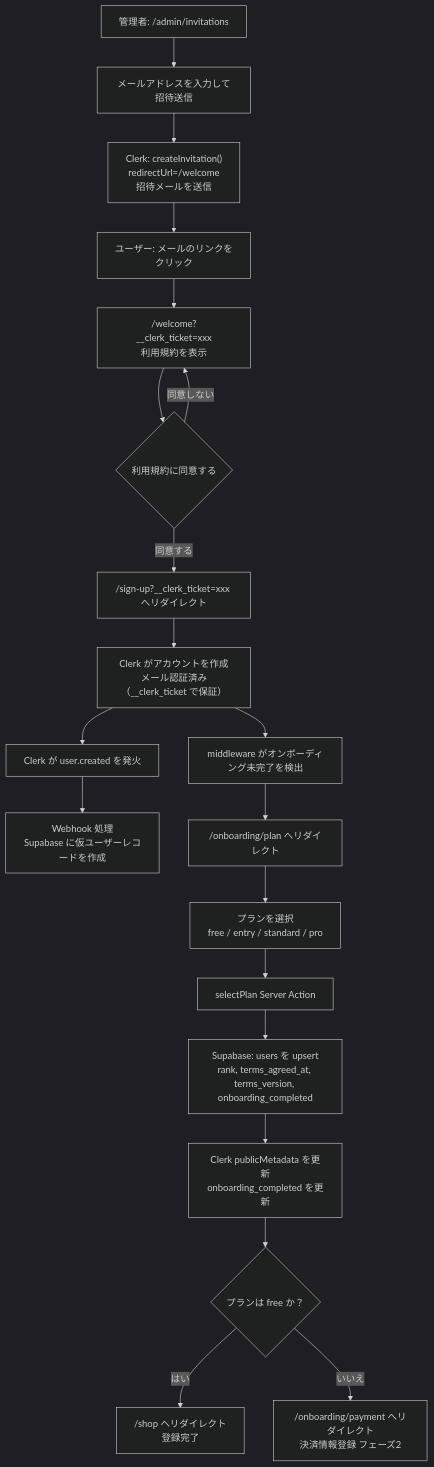
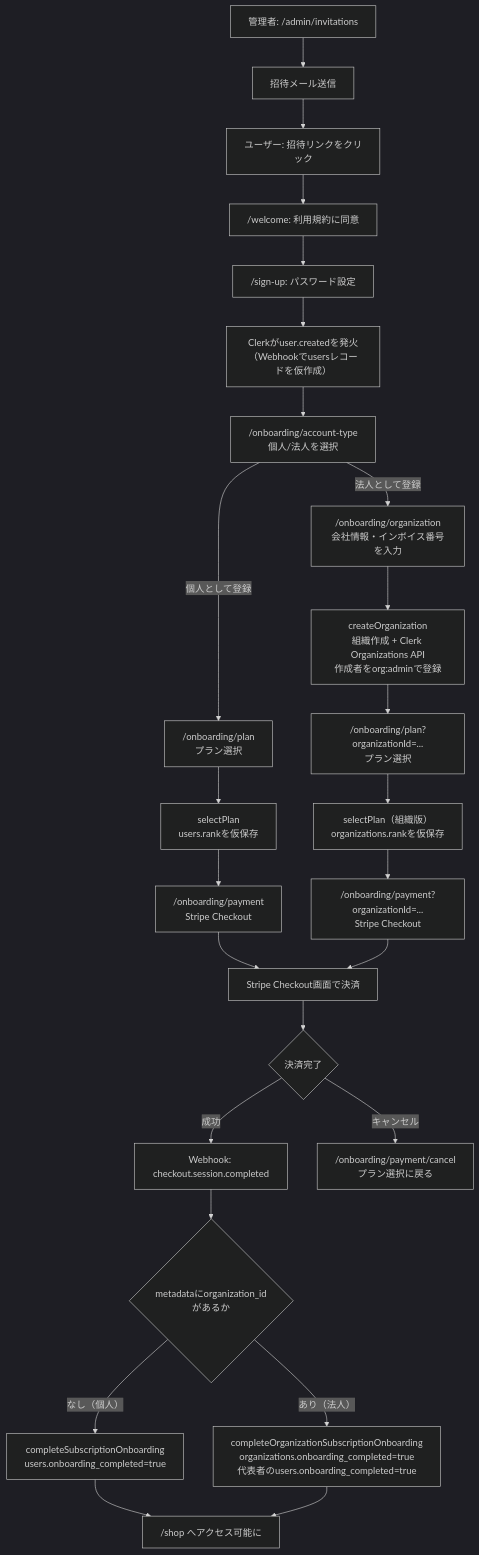
Before and after one commit to wknd-studio/brand-closed-ec: the first of 6 diagrams in docs/signup-flow.md, drawn with Mermaid (dark theme). The commit also changed other lines of this file, not shown here.

First line of the commit message:
docs(b2b-organization): 会員登録フロードキュメントを法人対応後の実装に合わせて更新

````diff
--- a/docs/signup-flow.md
+++ b/docs/signup-flow.md
@@ -16,22 +17,32 @@
 ```mermaid
 flowchart TD
-    A["管理者: /admin/invitations"] --> B["メールアドレスを入力して招待送信"]
-    B --> C["Clerk: createInvitation()\nredirectUrl=/welcome\n招待メールを送信"]
-    C --> D["ユーザー: メールのリンクをクリック"]
-    D --> E["/welcome?__clerk_ticket=xxx\n利用規約を表示"]
-    E --> F{"利用規約に同意する"}
-    F -- 同意しない --> E
-    F -- 同意する --> G["/sign-up?__clerk_ticket=xxx へリダイレクト"]
-    G --> H["Clerk がアカウントを作成\nメール認証済み（__clerk_ticket で保証）"]
-    H --> I["Clerk が user.created を発火"]
-    I --> J["Webhook 処理\nSupabase に仮ユーザーレコードを作成"]
-    H --> K["middleware がオンボーディング未完了を検出"]
-    K --> L["/onboarding/plan へリダイレクト"]
-    L --> M["プランを選択\nfree / entry / standard / pro"]
-    M --> N["selectPlan Server Action"]
-    N --> O["Supabase: users を upsert\nrank, terms_agreed_at, terms_version, onboarding_completed"]
-    O --> P["Clerk publicMetadata を更新\nonboarding_completed を更新"]
-    P --> Q{"プランは free か？"}
-    Q -- はい --> R["/shop へリダイレクト\n登録完了"]
-    Q -- いいえ --> S["/onboarding/payment へリダイレクト\n決済情報登録 フェーズ2"]
+    A["管理者: /admin/invitations"] --> B["招待メール送信"]
+    B --> C["ユーザー: 招待リンクをクリック"]
+    C --> D["/welcome: 利用規約に同意"]
+    D --> E["/sign-up: パスワード設定"]
+    E --> F["Clerkがuser.createdを発火\n（Webhookでusersレコードを仮作成）"]
+    F --> G["/onboarding/account-type\n個人/法人を選択"]
+
+    G -- 個人として登録 --> H["/onboarding/plan\nプラン選択"]
+    H --> I["selectPlan\nusers.rankを仮保存"]
+    I --> J["/onboarding/payment\nStripe Checkout"]
+
+    G -- 法人として登録 --> K["/onboarding/organization\n会社情報・インボイス番号を入力"]
+    K --> L["createOrganization\n組織作成 + Clerk Organizations API\n作成者をorg:adminで登録"]
+    L --> M["/onboarding/plan?organizationId=...\nプラン選択"]
+    M --> N["selectPlan（組織版）\norganizations.rankを仮保存"]
+    N --> O["/onboarding/payment?organizationId=...\nStripe Checkout"]
+
+    J --> P["Stripe Checkout画面で決済"]
+    O --> P
+    P --> Q{"決済完了"}
+    Q -- 成功 --> R["Webhook: checkout.session.completed"]
+    Q -- キャンセル --> S["/onboarding/payment/cancel\nプラン選択に戻る"]
+
+    R --> T{"metadataにorganization_idがあるか"}
+    T -- なし（個人） --> U["completeSubscriptionOnboarding\nusers.onboarding_completed=true"]
+    T -- あり（法人） --> V["completeOrganizationSubscriptionOnboarding\norganizations.onboarding_completed=true\n代表者のusers.onboarding_completed=true"]
+
+    U --> W["/shop へアクセス可能に"]
+    V --> W
 ```
````
